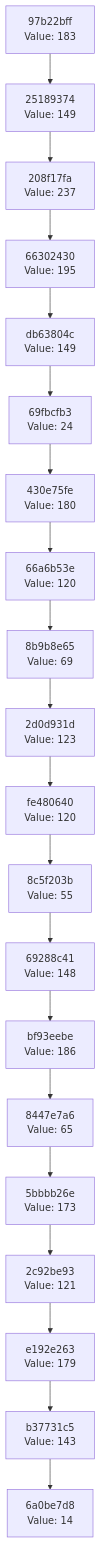
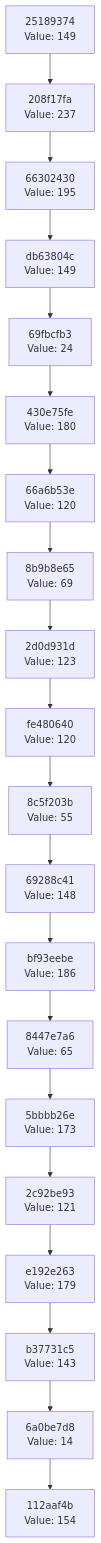
One commit to Abhisheksinha1506/hash-chain-evolver changed the diagram in docs/CHAIN_VISUALIZATION.md. Above: the diagram before and after it, drawn with Mermaid. The commit also changed 2 other files, not shown here.

Commit message:
Evolution Step

````diff
--- a/docs/CHAIN_VISUALIZATION.md
+++ b/docs/CHAIN_VISUALIZATION.md
@@ -3,42 +3,42 @@
 ```mermaid
 graph TD
-    C0["6a0be7d8<br/>Value: 14"]
-    C1["b37731c5<br/>Value: 143"]
+    C0["112aaf4b<br/>Value: 154"]
+    C1["6a0be7d8<br/>Value: 14"]
     C1 --> C0
-    C2["e192e263<br/>Value: 179"]
+    C2["b37731c5<br/>Value: 143"]
     C2 --> C1
-    C3["2c92be93<br/>Value: 121"]
+    C3["e192e263<br/>Value: 179"]
     C3 --> C2
-    C4["5bbbb26e<br/>Value: 173"]
+    C4["2c92be93<br/>Value: 121"]
     C4 --> C3
-    C5["8447e7a6<br/>Value: 65"]
+    C5["5bbbb26e<br/>Value: 173"]
     C5 --> C4
-    C6["bf93eebe<br/>Value: 186"]
+    C6["8447e7a6<br/>Value: 65"]
     C6 --> C5
-    C7["69288c41<br/>Value: 148"]
+    C7["bf93eebe<br/>Value: 186"]
     C7 --> C6
-    C8["8c5f203b<br/>Value: 55"]
+    C8["69288c41<br/>Value: 148"]
     C8 --> C7
-    C9["fe480640<br/>Value: 120"]
+    C9["8c5f203b<br/>Value: 55"]
     C9 --> C8
-    C10["2d0d931d<br/>Value: 123"]
+    C10["fe480640<br/>Value: 120"]
     C10 --> C9
-    C11["8b9b8e65<br/>Value: 69"]
+    C11["2d0d931d<br/>Value: 123"]
     C11 --> C10
-    C12["66a6b53e<br/>Value: 120"]
+    C12["8b9b8e65<br/>Value: 69"]
     C12 --> C11
-    C13["430e75fe<br/>Value: 180"]
+    C13["66a6b53e<br/>Value: 120"]
     C13 --> C12
-    C14["69fbcfb3<br/>Value: 24"]
+    C14["430e75fe<br/>Value: 180"]
     C14 --> C13
-    C15["db63804c<br/>Value: 149"]
+    C15["69fbcfb3<br/>Value: 24"]
     C15 --> C14
-    C16["66302430<br/>Value: 195"]
+    C16["db63804c<br/>Value: 149"]
     C16 --> C15
-    C17["208f17fa<br/>Value: 237"]
+    C17["66302430<br/>Value: 195"]
     C17 --> C16
-    C18["25189374<br/>Value: 149"]
+    C18["208f17fa<br/>Value: 237"]
     C18 --> C17
-    C19["97b22bff<br/>Value: 183"]
+    C19["25189374<br/>Value: 149"]
     C19 --> C18
 ```
````
